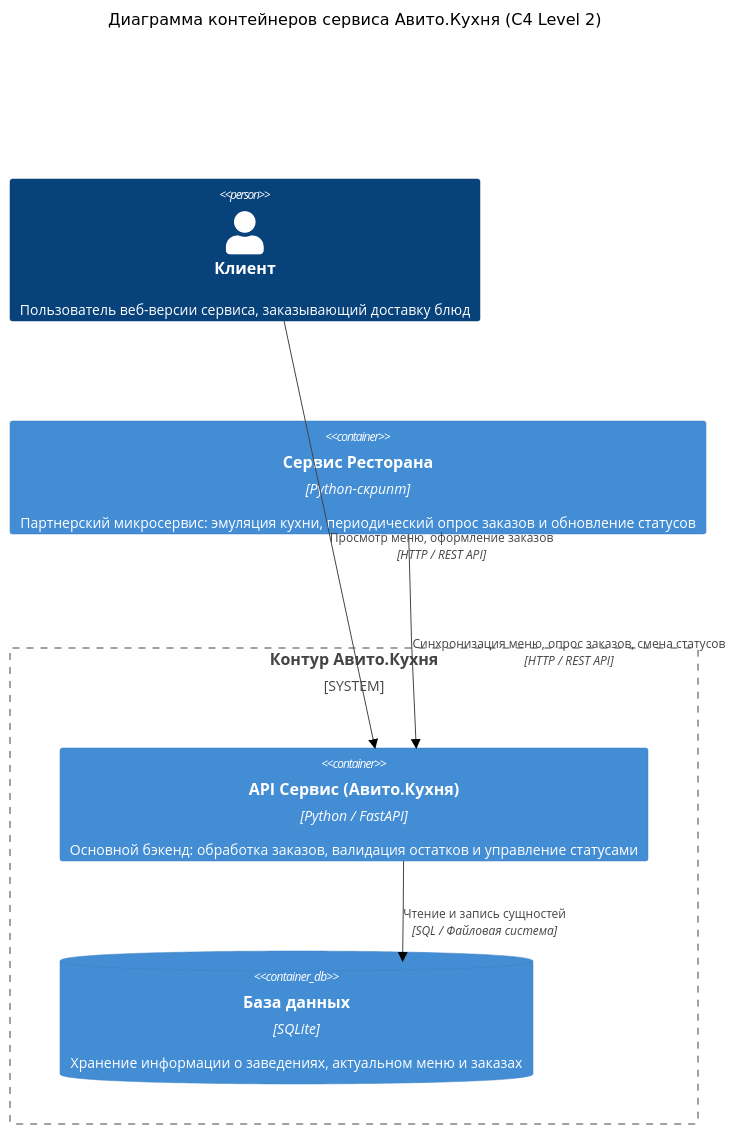
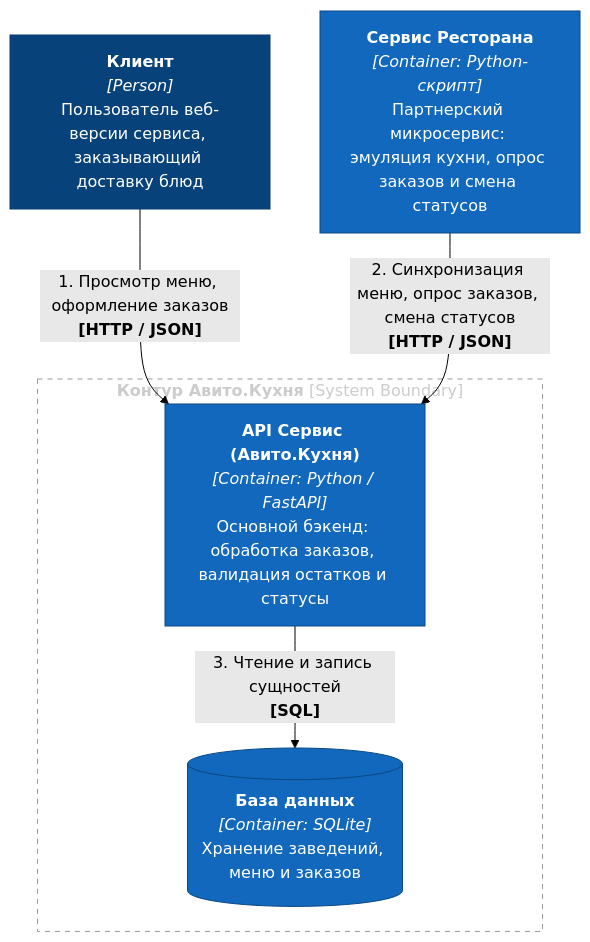
One commit to MOHOLOG/delivery-kitchen-api changed the diagram in README.md. Above: the diagram before and after it, drawn with Mermaid (forest theme).

Commit message:
docs: fix C4 diagram contrast and dark theme styling

````diff
--- a/README.md
+++ b/README.md
@@ -28,17 +28,24 @@
 ```mermaid
-C4Container
-    title Диаграмма контейнеров сервиса Авито.Кухня (C4 Level 2)
+flowchart TB
+    %% Определение участников и внешних сервисов
+    client["<b>Клиент</b><br/><i>[Person]</i><br/>Пользователь веб-версии сервиса, заказывающий доставку блюд"]
+    restaurant["<b>Сервис Ресторана</b><br/><i>[Container: Python-скрипт]</i><br/>Партнерский микросервис: эмуляция кухни, опрос заказов и смена статусов"]
 
-    Person(client, "Клиент", "Пользователь веб-версии сервиса, заказывающий доставку блюд")
-    
-    System_Boundary(avito_boundary, "Контур Авито.Кухня") {
-        Container(api, "API Сервис (Авито.Кухня)", "Python / FastAPI", "Основной бэкенд: обработка заказов, валидация остатков и управление статусами")
-        ContainerDb(db, "База данных", "SQLite", "Хранение информации о заведениях, актуальном меню и заказах")
-    }
+    %% Границы платформы
+    subgraph avito ["<b>Контур Авито.Кухня</b> [System Boundary]"]
+        api["<b>API Сервис (Авито.Кухня)</b><br/><i>[Container: Python / FastAPI]</i><br/>Основной бэкенд: обработка заказов, валидация остатков и статусы"]
+        db[("<b>База данных</b><br/><i>[Container: SQLite]</i><br/>Хранение заведений, меню и заказов")]
+    end
 
-    Container(restaurant, "Сервис Ресторана", "Python-скрипт", "Партнерский микросервис: эмуляция кухни, периодический опрос заказов и обновление статусов")
+    %% Связи и протоколы
+    client -->|"1. Просмотр меню, оформление заказов<br/><b>[HTTP / JSON]</b>"| api
+    restaurant -->|"2. Синхронизация меню, опрос заказов, смена статусов<br/><b>[HTTP / JSON]</b>"| api
+    api -->|"3. Чтение и запись сущностей<br/><b>[SQL]</b>"| db
 
-    Rel(client, api, "Просмотр меню, оформление заказов", "HTTP / REST API")
-    Rel(api, db, "Чтение и запись сущностей", "SQL / Файловая система")
-    Rel(restaurant, api, "Синхронизация меню, опрос заказов, смена статусов", "HTTP / REST API")
+    %% Стилизация под цвета C4 (синие контейнеры, читаемый контрастный текст)
+    style client fill:#08427b,stroke:#073b6f,color:#ffffff
+    style restaurant fill:#1168bd,stroke:#0b4884,color:#ffffff
+    style api fill:#1168bd,stroke:#0b4884,color:#ffffff
+    style db fill:#1168bd,stroke:#0b4884,color:#ffffff
+    style avito fill:transparent,stroke:#999999,stroke-dasharray: 5 5,color:#cccccc
 ```
````
